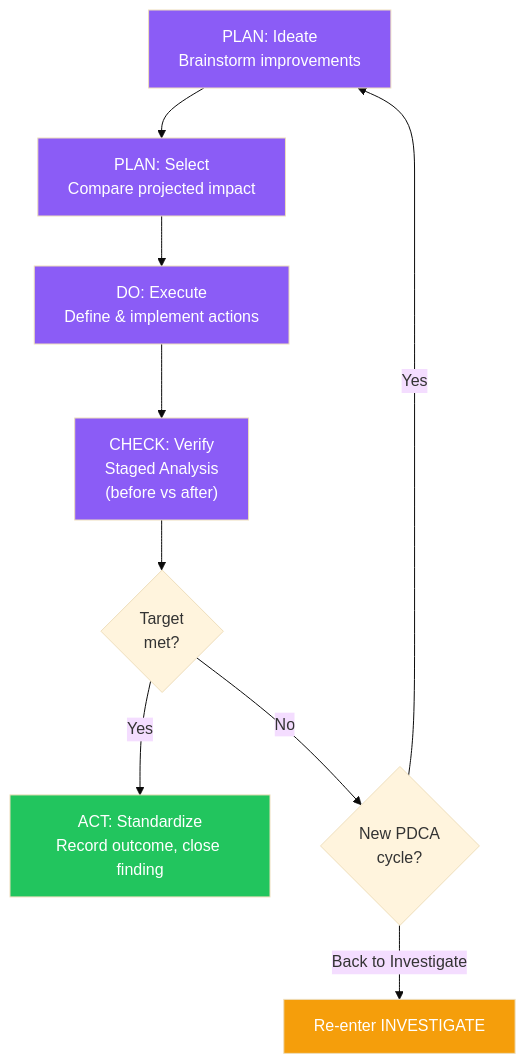
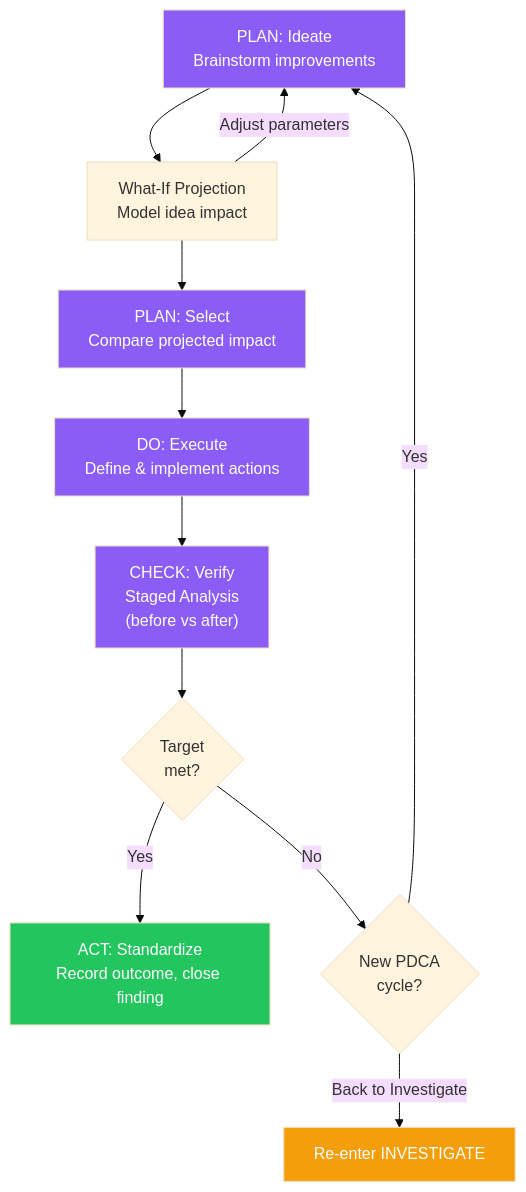
Before and after one commit to jukka-matti/variscout: the fifth of 8 diagrams in docs/03-features/workflows/analysis-journey-map.md, drawn with Mermaid (base theme). The commit also changed other lines of this file and 23 other files, not shown here.

First line of the commit message:
chore: remove dormant LikeC4 pipeline, update stale diagrams, add health check

````diff
--- a/docs/03-features/workflows/analysis-journey-map.md
+++ b/docs/03-features/workflows/analysis-journey-map.md
@@ -254,18 +254,20 @@
 ```mermaid
 flowchart TD
-    PLAN_I["PLAN: Ideate\nBrainstorm improvements"] --> PLAN_S["PLAN: Select\nCompare projected impact"]
+    PLAN_I["PLAN: Ideate\nBrainstorm improvements"] --> WHATIF["What-If Projection\nModel idea impact"]
+    WHATIF --> PLAN_S["PLAN: Select\nCompare projected impact"]
+    WHATIF -- "Adjust parameters" --> PLAN_I
     PLAN_S --> DO["DO: Execute\nDefine & implement actions"]
     DO --> CHECK["CHECK: Verify\nStaged Analysis\n(before vs after)"]
     CHECK --> CHK{Target\nmet?}
     CHK -- "Yes" --> ACT_S["ACT: Standardize\nRecord outcome, close finding"]
     CHK -- "No" --> LOOP{"New PDCA\ncycle?"}
     LOOP -- "Yes" --> PLAN_I
     LOOP -- "Back to Investigate" --> INV["Re-enter INVESTIGATE"]
 
     style PLAN_I fill:#8b5cf6,color:#fff
     style PLAN_S fill:#8b5cf6,color:#fff
     style DO fill:#8b5cf6,color:#fff
     style CHECK fill:#8b5cf6,color:#fff
     style ACT_S fill:#22c55e,color:#fff
     style INV fill:#f59e0b,color:#fff
 ```
````
